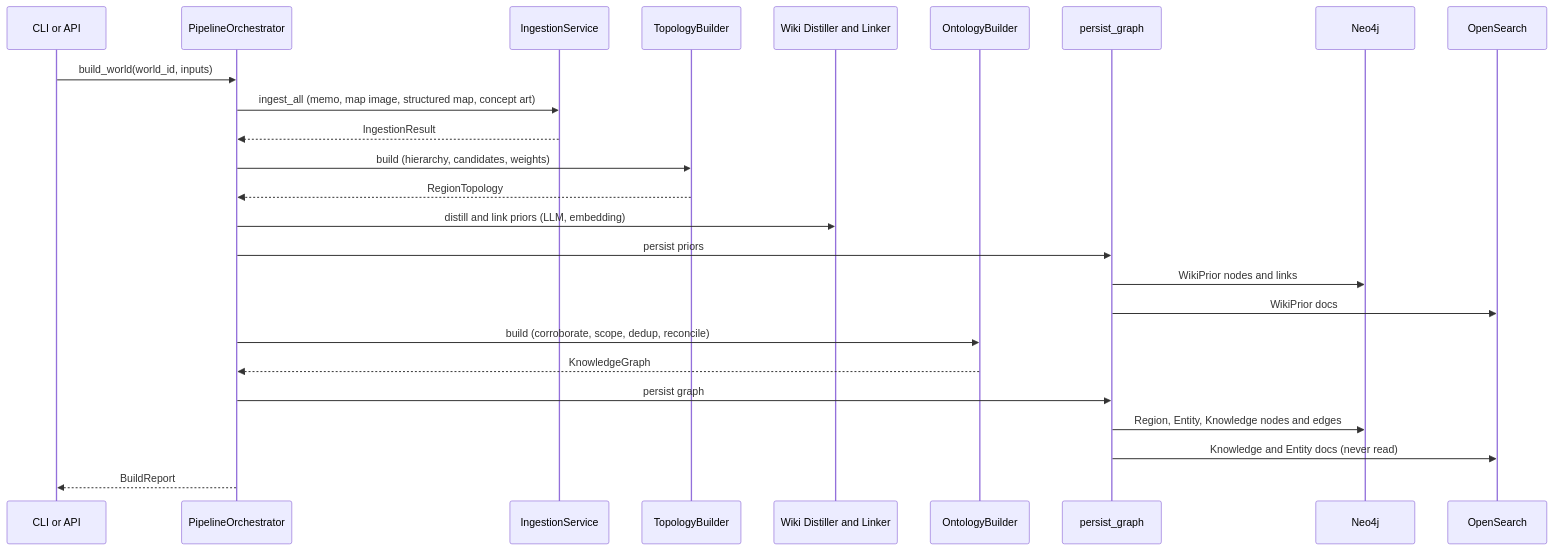
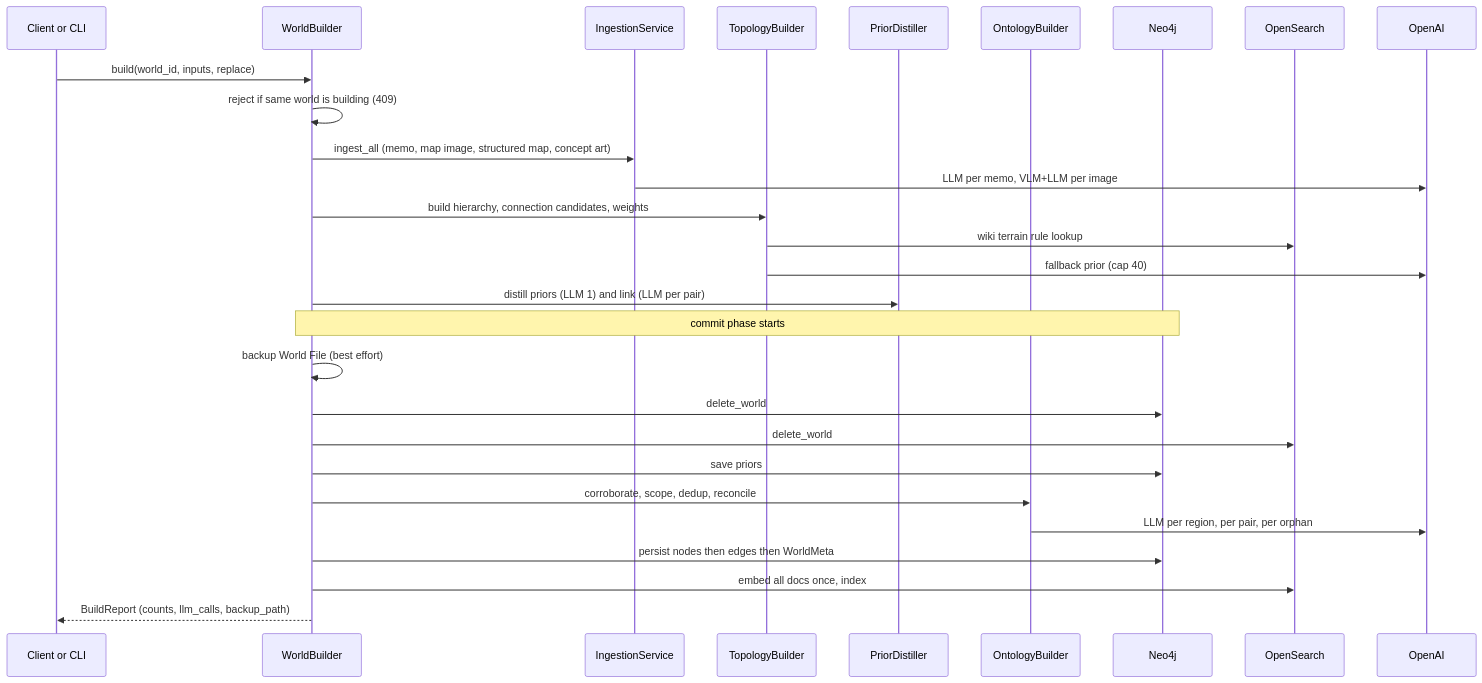
The second of 5 diagrams in aidlc-docs/inception/reverse-engineering/architecture.md (hongsam14/Locus), drawn with Mermaid before and after one commit. The commit also changed other lines of this file and 38 other files, not shown here.

````diff
--- a/aidlc-docs/inception/reverse-engineering/architecture.md
+++ b/aidlc-docs/inception/reverse-engineering/architecture.md
@@ -239,28 +158,30 @@
 ```mermaid
 sequenceDiagram
-    participant C as CLI or API
-    participant O as PipelineOrchestrator
+    participant C as Client or CLI
+    participant B as WorldBuilder
     participant I as IngestionService
     participant T as TopologyBuilder
-    participant W as Wiki Distiller and Linker
-    participant N as OntologyBuilder
-    participant P as persist_graph
+    participant D as PriorDistiller
+    participant O as OntologyBuilder
     participant G as Neo4j
     participant S as OpenSearch
-
-    C->>O: build_world(world_id, inputs)
-    O->>I: ingest_all (memo, map image, structured map, concept art)
-    I-->>O: IngestionResult
-    O->>T: build (hierarchy, candidates, weights)
-    T-->>O: RegionTopology
-    O->>W: distill and link priors (LLM, embedding)
-    O->>P: persist priors
-    P->>G: WikiPrior nodes and links
-    P->>S: WikiPrior docs
-    O->>N: build (corroborate, scope, dedup, reconcile)
-    N-->>O: KnowledgeGraph
-    O->>P: persist graph
-    P->>G: Region, Entity, Knowledge nodes and edges
-    P->>S: Knowledge and Entity docs (never read)
-    O-->>C: BuildReport
+    participant L as OpenAI
+    C->>B: build(world_id, inputs, replace)
+    B->>B: reject if same world is building (409)
+    B->>I: ingest_all (memo, map image, structured map, concept art)
+    I->>L: LLM per memo, VLM+LLM per image
+    B->>T: build hierarchy, connection candidates, weights
+    T->>S: wiki terrain rule lookup
+    T->>L: fallback prior (cap 40)
+    B->>D: distill priors (LLM 1) and link (LLM per pair)
+    Note over B,G: commit phase starts
+    B->>B: backup World File (best effort)
+    B->>G: delete_world
+    B->>S: delete_world
+    B->>G: save priors
+    B->>O: corroborate, scope, dedup, reconcile
+    O->>L: LLM per region, per pair, per orphan
+    B->>G: persist nodes then edges then WorldMeta
+    B->>S: embed all docs once, index
+    B-->>C: BuildReport (counts, llm_calls, backup_path)
 ```
````
